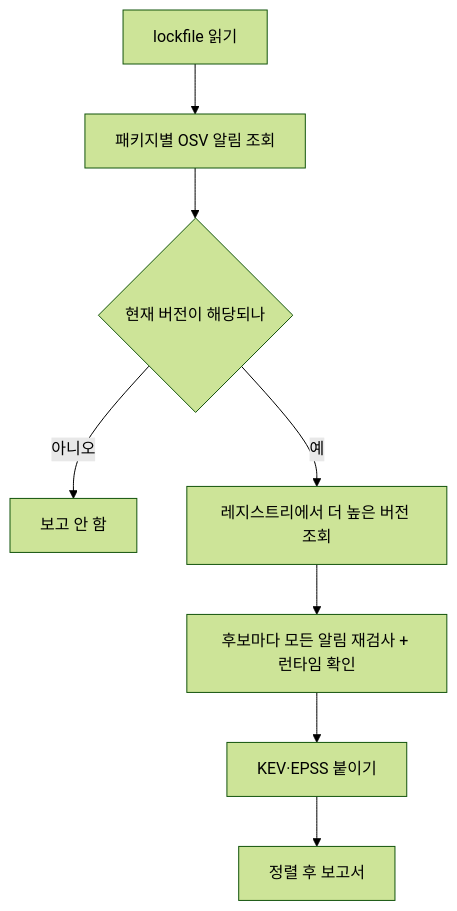
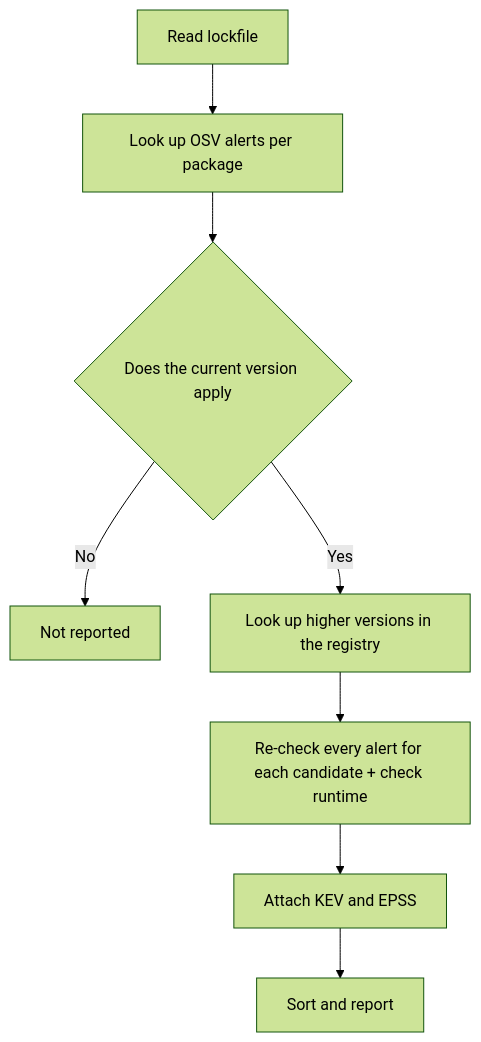
Before and after one commit to LeeGyeongPil/fixplan: the diagram in README.md, drawn with Mermaid (forest theme). The commit also changed other lines of this file and 2 other files, not shown here.

````diff
--- a/README.md
+++ b/README.md
@@ -155,10 +153,10 @@
 ```mermaid
 flowchart TD
-  A[lockfile 읽기] --> B[패키지별 OSV 알림 조회]
-  B --> C{현재 버전이 해당되나}
-  C -->|아니오| Z[보고 안 함]
-  C -->|예| D[레지스트리에서 더 높은 버전 조회]
-  D --> E[후보마다 모든 알림 재검사 + 런타임 확인]
-  E --> F[KEV·EPSS 붙이기]
-  F --> G[정렬 후 보고서]
+  A["Read lockfile"] --> B["Look up OSV alerts per package"]
+  B --> C{"Does the current version apply"}
+  C -->|No| Z["Not reported"]
+  C -->|Yes| D["Look up higher versions in the registry"]
+  D --> E["Re-check every alert for each candidate + check runtime"]
+  E --> F["Attach KEV and EPSS"]
+  F --> G["Sort and report"]
 ```
````
